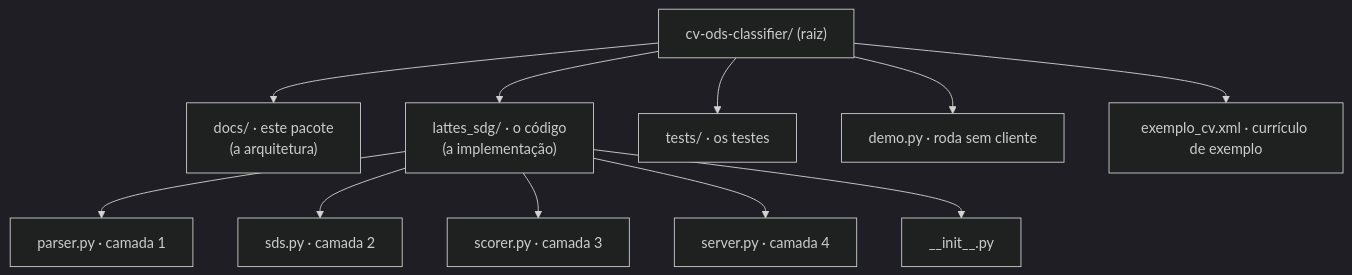
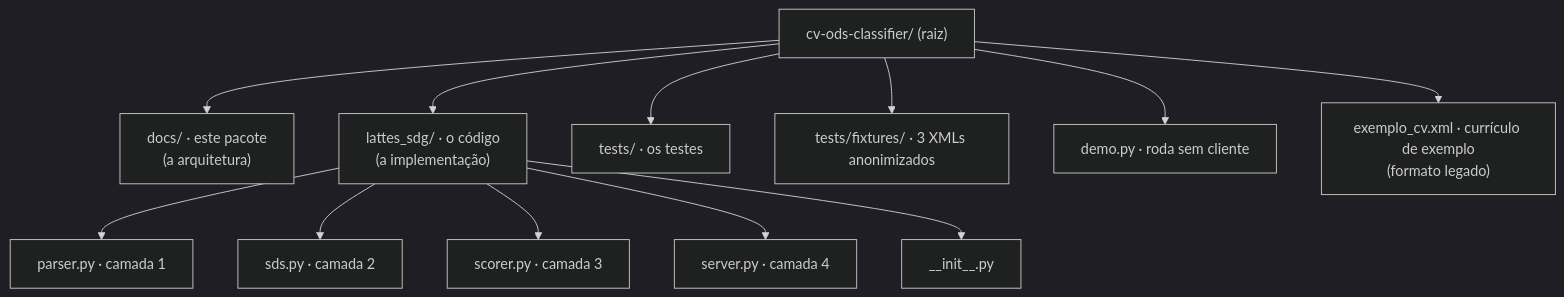
Before and after one commit to frederico-mello/cv-ods-classifier: the first of 3 diagrams in docs/10-estrutura.md, drawn with Mermaid (dark theme). The commit also changed other lines of this file and 31 other files, not shown here.

````diff
--- a/docs/10-estrutura.md
+++ b/docs/10-estrutura.md
@@ -13,15 +15,16 @@
 ```mermaid
 flowchart TB
     R["cv-ods-classifier/ (raiz)"]
     R --> DOC["docs/ · este pacote<br/>(a arquitetura)"]
     R --> LAT["lattes_sdg/ · o código<br/>(a implementação)"]
     R --> T["tests/ · os testes"]
+    R --> FIX["tests/fixtures/ · 3 XMLs anonimizados"]
     R --> D["demo.py · roda sem cliente"]
-    R --> X["exemplo_cv.xml · currículo de exemplo"]
+    R --> X["exemplo_cv.xml · currículo de exemplo<br/>(formato legado)"]
 
     LAT --> P["parser.py · camada 1"]
     LAT --> S["sds.py · camada 2"]
     LAT --> Sc["scorer.py · camada 3"]
     LAT --> Rv["server.py · camada 4"]
     LAT --> I["__init__.py"]
 ```
````
